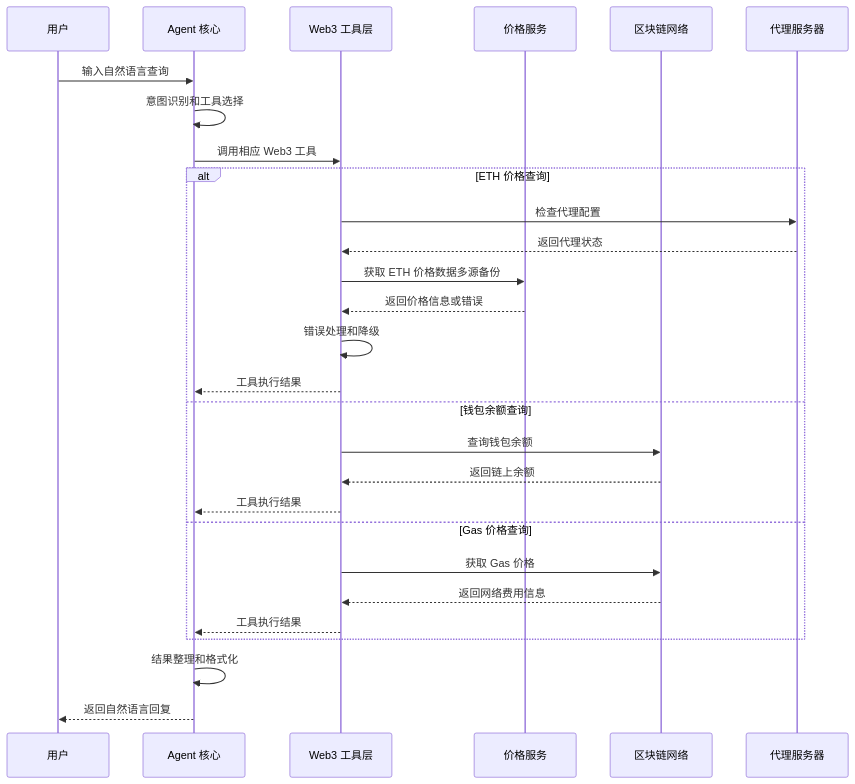
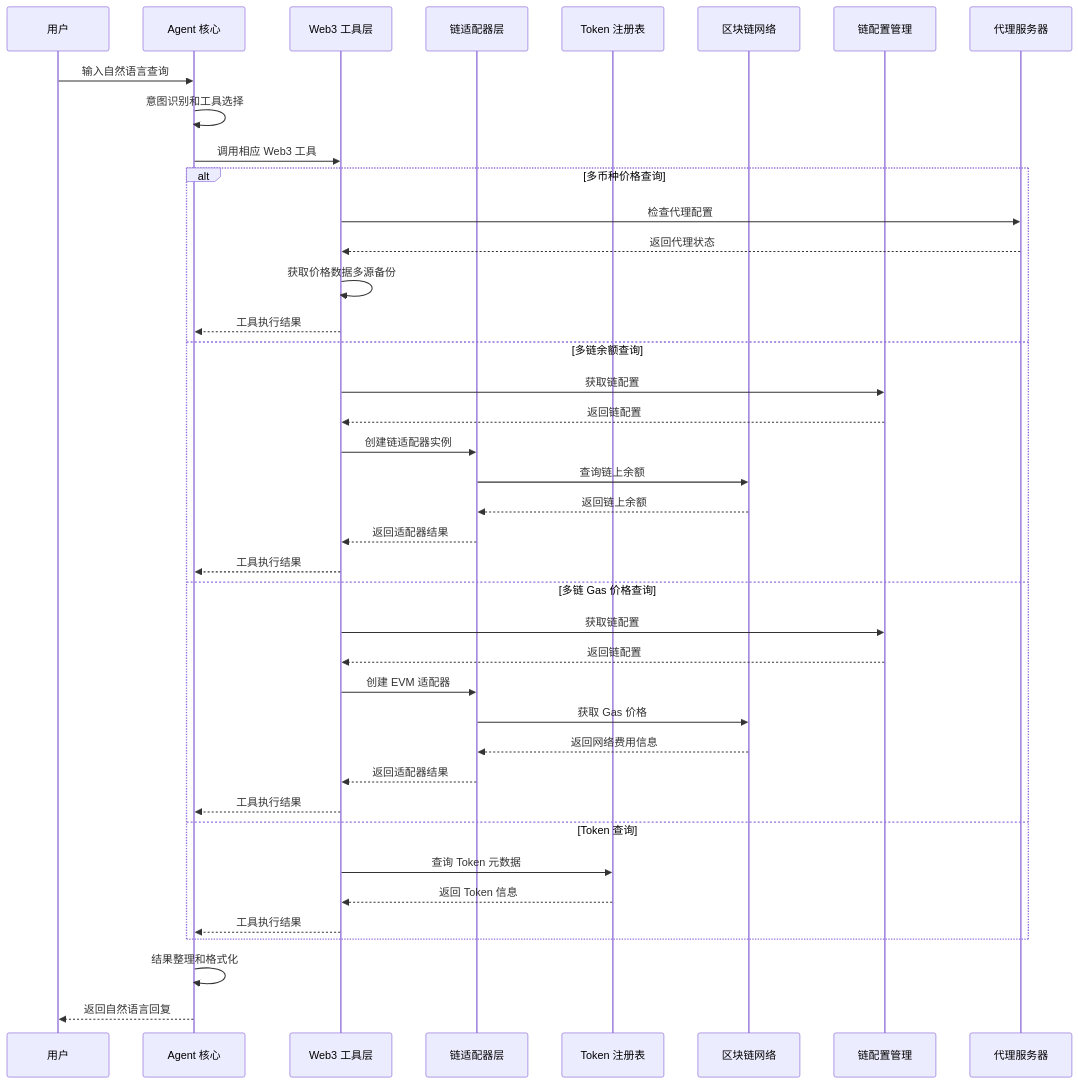
The second of 12 diagrams in .qoder/repowiki/zh/content/Web3工具集成/核心Web3工具实现/核心Web3工具实现.md (CryptoLinxu/Web3-AI-Agent), drawn with Mermaid before and after one commit. The commit also changed other lines of this file and 9 other files, not shown here.

````diff
--- a/.qoder/repowiki/zh/content/Web3工具集成/核心Web3工具实现/核心Web3工具实现.md
+++ b/.qoder/repowiki/zh/content/Web3工具集成/核心Web3工具实现/核心Web3工具实现.md
@@ -119,30 +197,42 @@
 ```mermaid
 sequenceDiagram
 participant User as 用户
 participant Agent as Agent 核心
 participant Tool as Web3 工具层
-participant Price as 价格服务
+participant ChainAdapter as 链适配器层
+participant TokenRegistry as Token 注册表
 participant Chain as 区块链网络
+participant Config as 链配置管理
 participant Proxy as 代理服务器
 User->>Agent : 输入自然语言查询
 Agent->>Agent : 意图识别和工具选择
 Agent->>Tool : 调用相应 Web3 工具
-alt ETH 价格查询
+alt 多币种价格查询
 Tool->>Proxy : 检查代理配置
 Proxy-->>Tool : 返回代理状态
-Tool->>Price : 获取 ETH 价格数据多源备份
-Price-->>Tool : 返回价格信息或错误
-Tool->>Tool : 错误处理和降级
+Tool->>Tool : 获取价格数据多源备份
 Tool-->>Agent : 工具执行结果
-else 钱包余额查询
-Tool->>Chain : 查询钱包余额
-Chain-->>Tool : 返回链上余额
+else 多链余额查询
+Tool->>Config : 获取链配置
+Config-->>Tool : 返回链配置
+Tool->>ChainAdapter : 创建链适配器实例
+ChainAdapter->>Chain : 查询链上余额
+Chain-->>ChainAdapter : 返回链上余额
+ChainAdapter-->>Tool : 返回适配器结果
 Tool-->>Agent : 工具执行结果
-else Gas 价格查询
-Tool->>Chain : 获取 Gas 价格
-Chain-->>Tool : 返回网络费用信息
+else 多链 Gas 价格查询
+Tool->>Config : 获取链配置
+Config-->>Tool : 返回链配置
+Tool->>ChainAdapter : 创建 EVM 适配器
+ChainAdapter->>Chain : 获取 Gas 价格
+Chain-->>ChainAdapter : 返回网络费用信息
+ChainAdapter-->>Tool : 返回适配器结果
+Tool-->>Agent : 工具执行结果
+else Token 查询
+Tool->>TokenRegistry : 查询 Token 元数据
+TokenRegistry-->>Tool : 返回 Token 信息
 Tool-->>Agent : 工具执行结果
 end
 Agent->>Agent : 结果整理和格式化
 Agent-->>User : 返回自然语言回复
 ```
````
